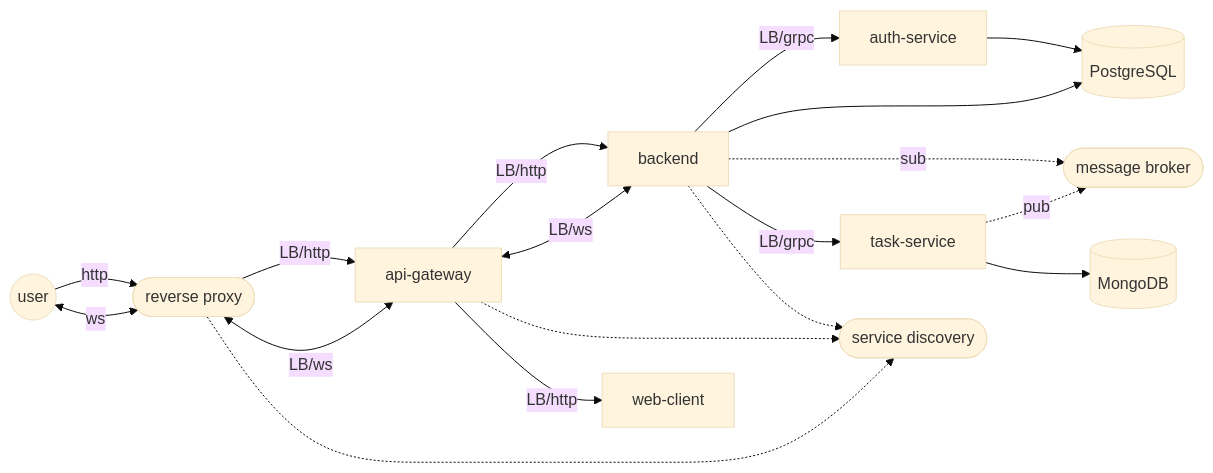
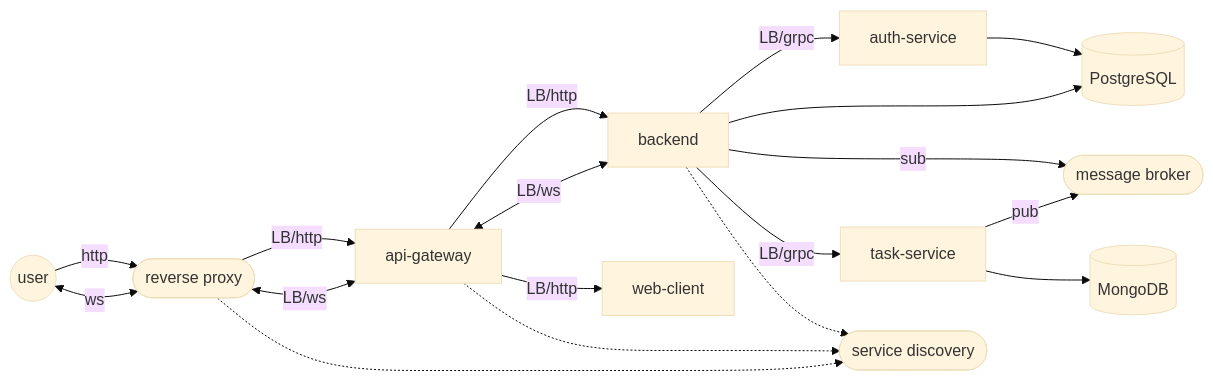
The diagram in README.md (gerrkoff/dark-deeds), drawn with Mermaid (base theme) before and after one commit. The commit also changed other lines of this file, not shown here.

Commit message:
adjust diagram

````diff
--- a/README.md
+++ b/README.md
@@ -20,40 +20,41 @@
 ```mermaid
 flowchart LR
 u--http-->nginx
 u<--ws-->nginx
 
 nginx--LB/http-->ag
 nginx<--LB/ws-->ag
 
 ag--LB/http-->be
 ag<--LB/ws-->be
 
 be--LB/grpc-->as
 be-->pg
-be-.sub.->rmq
+be--sub-->rmq
 be--LB/grpc-->ts
+
+ag--LB/http-->fe
 
 as-->pg
 
-ts-.pub.->rmq
+ts--pub-->rmq
 ts-->mongo
 
 nginx-.->consul
 ag-.->consul
 be-.->consul
-ag--LB/http-->fe
 
 u((user))
 nginx([reverse proxy])
 consul([service discovery])
 rmq([message broker])
 
 ag[api-gateway]
 be[backend]
 fe[web-client]
 as[auth-service]
 ts[task-service]
 
 mongo[(MongoDB)]
 pg[(PostgreSQL)]
 ```
````
